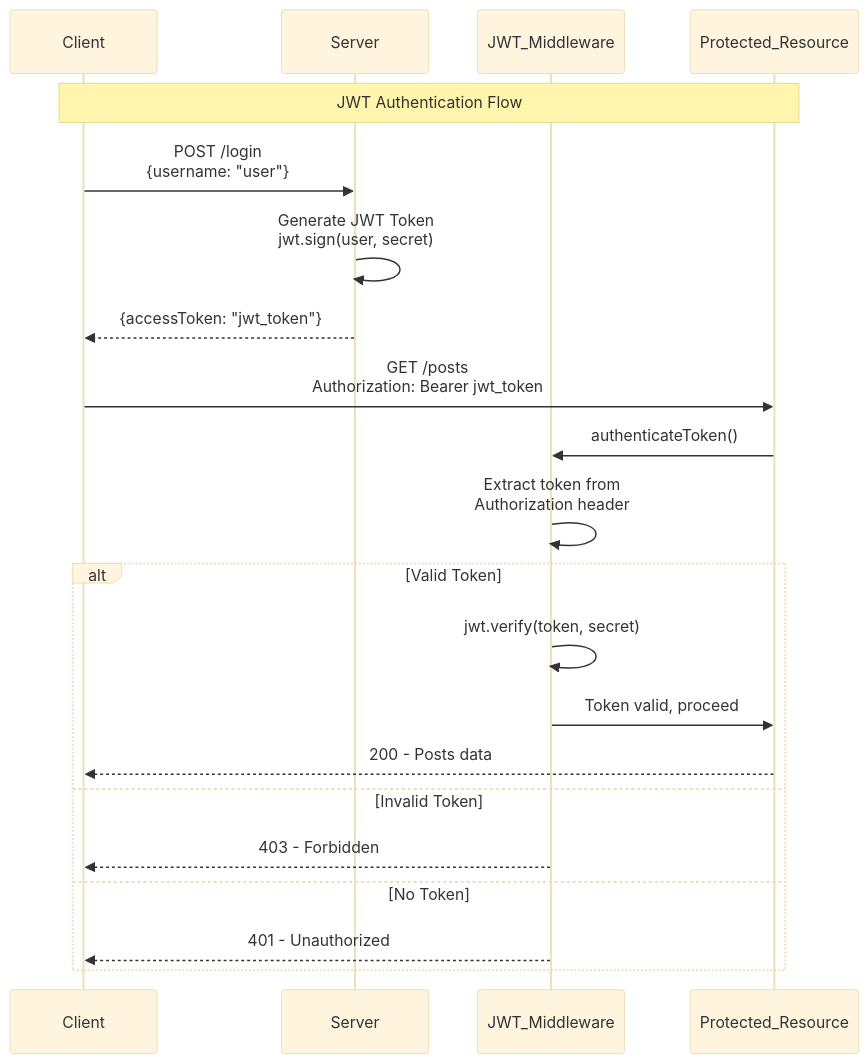
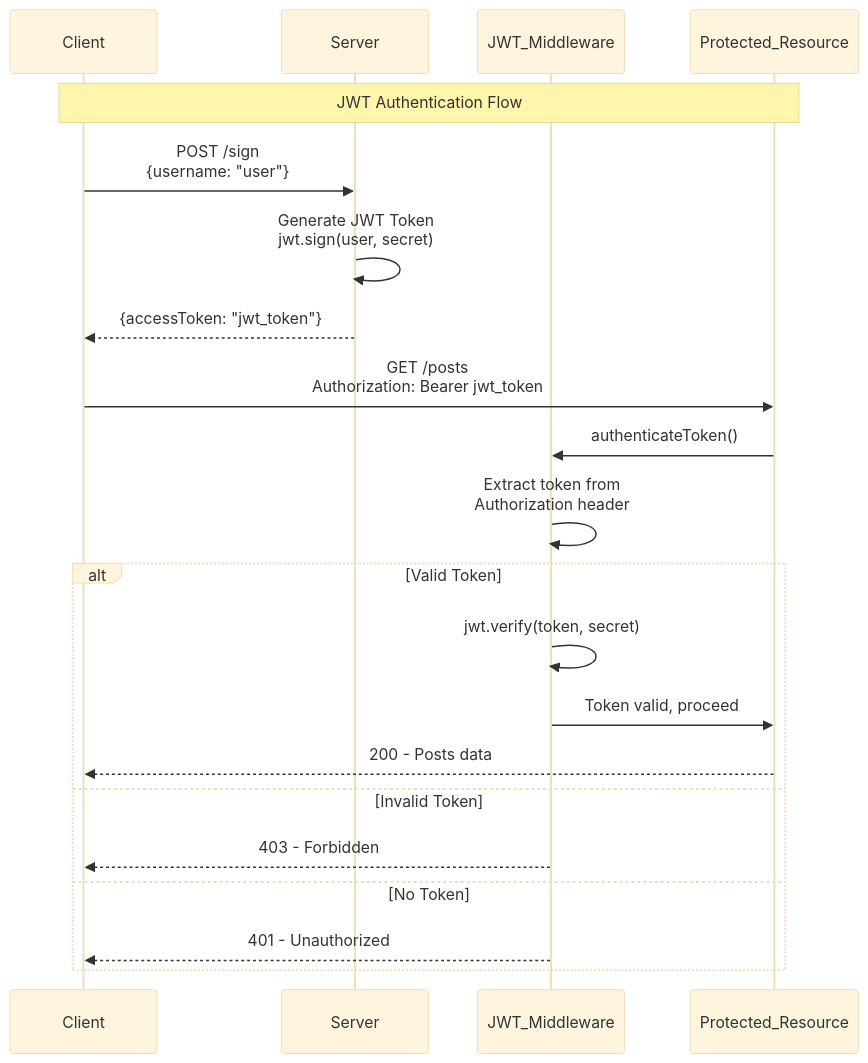
The diagram in README.md (RodrigoCossi/JWT_Auth), drawn with Mermaid (base theme) before and after one commit. The commit also changed other lines of this file and 3 other files, not shown here.

````diff
--- a/README.md
+++ b/README.md
@@ -9,29 +9,29 @@
 ```mermaid
 sequenceDiagram
     participant Client
     participant Server
     participant JWT_Middleware
     participant Protected_Resource
 
     Note over Client,Protected_Resource: JWT Authentication Flow
 
-    %% Login Flow
-    Client->>Server: POST /login<br/>{username: "user"}
+    %% Sign in Flow
+    Client->>Server: POST /sign<br/>{username: "user"}
     Server->>Server: Generate JWT Token<br/>jwt.sign(user, secret)
     Server-->>Client: {accessToken: "jwt_token"}
 
     %% Accessing Protected Resource
     Client->>Protected_Resource: GET /posts<br/>Authorization: Bearer jwt_token
     Protected_Resource->>JWT_Middleware: authenticateToken()
     JWT_Middleware->>JWT_Middleware: Extract token from<br/>Authorization header
     
     alt Valid Token
         JWT_Middleware->>JWT_Middleware: jwt.verify(token, secret)
         JWT_Middleware->>Protected_Resource: Token valid, proceed
         Protected_Resource-->>Client: 200 - Posts data
     else Invalid Token
         JWT_Middleware-->>Client: 403 - Forbidden
     else No Token
         JWT_Middleware-->>Client: 401 - Unauthorized
     end
 ```
````
